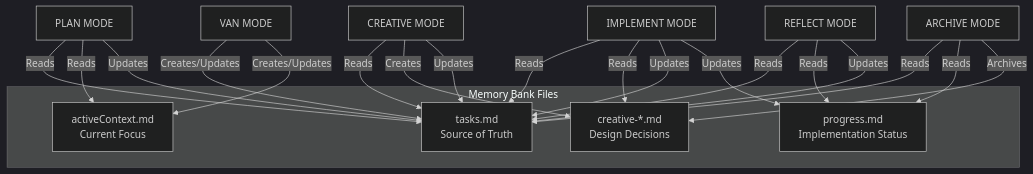
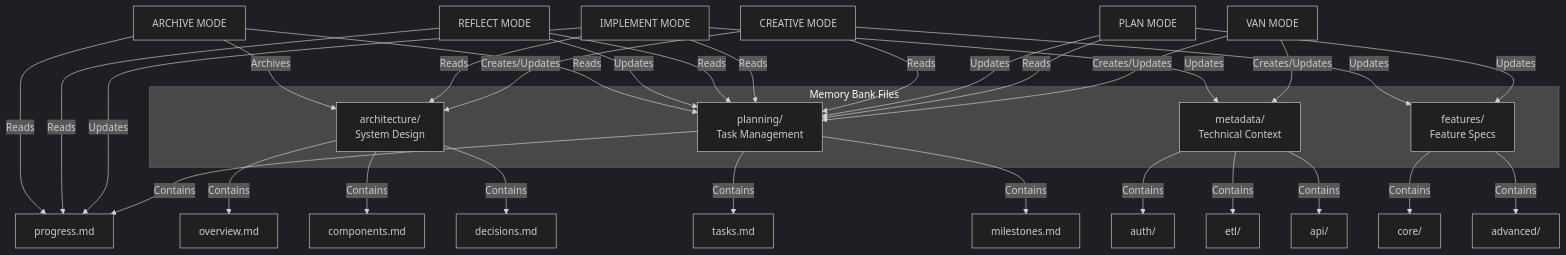
Before and after one commit to Wadijet/ff_be_auth: the second of 3 diagrams in .cursor/rules/isolation_rules/main.mdc, drawn with Mermaid (dark theme). The commit also changed 39 other files, not shown here.

````diff
--- a/.cursor/rules/isolation_rules/main.mdc
+++ b/.cursor/rules/isolation_rules/main.mdc
@@ -51,33 +51,48 @@
 ```mermaid
 graph TD
     subgraph "Memory Bank Files"
-        tasks["tasks.md<br>Source of Truth"]
-        active["activeContext.md<br>Current Focus"]
-        creative["creative-*.md<br>Design Decisions"]
-        progress["progress.md<br>Implementation Status"]
+        plan["planning/<br>Task Management"]
+        arch["architecture/<br>System Design"]
+        feat["features/<br>Feature Specs"]
+        meta["metadata/<br>Technical Context"]
     end
     
-    VAN["VAN MODE"] -->|"Creates/Updates"| tasks
-    VAN -->|"Creates/Updates"| active
+    plan -->|"Contains"| tasks["tasks.md"]
+    plan -->|"Contains"| progress["progress.md"]
+    plan -->|"Contains"| milestones["milestones.md"]
     
-    PLAN["PLAN MODE"] -->|"Reads"| tasks
-    PLAN -->|"Reads"| active
-    PLAN -->|"Updates"| tasks
+    arch -->|"Contains"| overview["overview.md"]
+    arch -->|"Contains"| components["components.md"]
+    arch -->|"Contains"| decisions["decisions.md"]
     
-    Creative["CREATIVE MODE"] -->|"Reads"| tasks
-    Creative -->|"Creates"| creative
-    Creative -->|"Updates"| tasks
+    feat -->|"Contains"| core["core/"]
+    feat -->|"Contains"| advanced["advanced/"]
     
-    Implement["IMPLEMENT MODE"] -->|"Reads"| tasks
-    Implement -->|"Reads"| creative
-    Implement -->|"Updates"| tasks
+    meta -->|"Contains"| auth["auth/"]
+    meta -->|"Contains"| etl["etl/"]
+    meta -->|"Contains"| api["api/"]
+    
+    VAN["VAN MODE"] -->|"Creates/Updates"| plan
+    VAN -->|"Creates/Updates"| meta
+    
+    PLAN["PLAN MODE"] -->|"Reads"| plan
+    PLAN -->|"Updates"| plan
+    PLAN -->|"Updates"| feat
+    
+    Creative["CREATIVE MODE"] -->|"Reads"| plan
+    Creative -->|"Creates/Updates"| arch
+    Creative -->|"Updates"| feat
+    
+    Implement["IMPLEMENT MODE"] -->|"Reads"| plan
+    Implement -->|"Reads"| arch
     Implement -->|"Updates"| progress
+    Implement -->|"Updates"| meta
     
-    Reflect["REFLECT MODE"] -->|"Reads"| tasks
+    Reflect["REFLECT MODE"] -->|"Reads"| plan
     Reflect -->|"Reads"| progress
-    Reflect -->|"Updates"| tasks
+    Reflect -->|"Updates"| plan
     
-    Archive["ARCHIVE MODE"] -->|"Reads"| tasks
+    Archive["ARCHIVE MODE"] -->|"Reads"| plan
     Archive -->|"Reads"| progress
-    Archive -->|"Archives"| creative
+    Archive -->|"Archives"| arch
 ```
````
